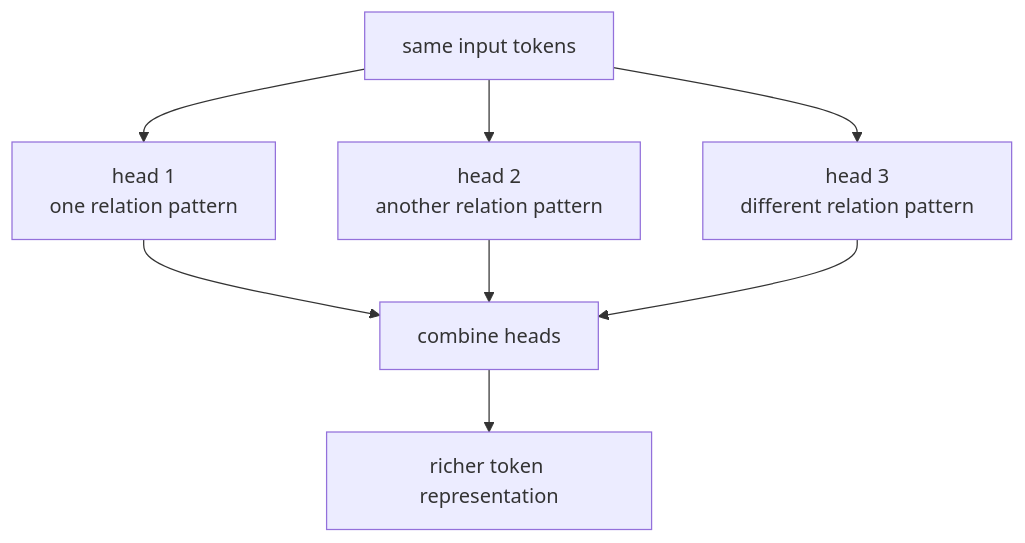
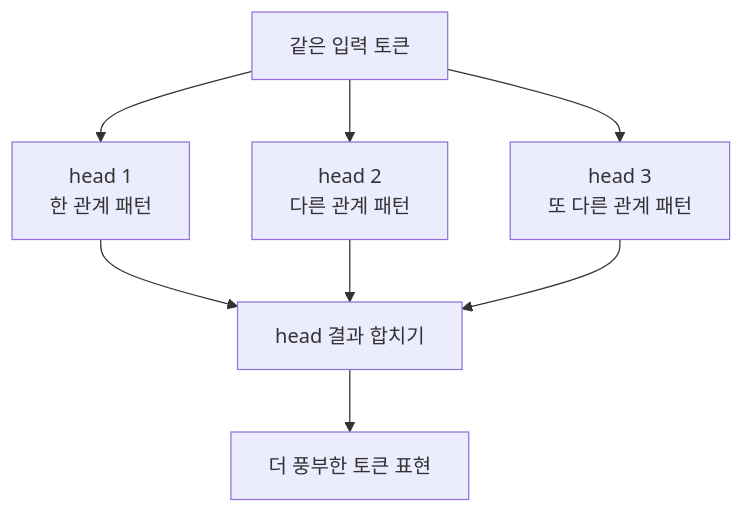
One commit to devchan64/AiBook changed the diagram in docs/assets/part-05/chapter-13/multihead-flow-ko.mmd. Above: the diagram before and after it, drawn with Mermaid. The commit also changed 51 other files, not shown here.

Commit message:
Update Part 5 learning support diagrams and notes

```diff
--- a/docs/assets/part-05/chapter-13/multihead-flow-ko.mmd
+++ b/docs/assets/part-05/chapter-13/multihead-flow-ko.mmd
@@ -1,15 +1,15 @@
 flowchart TD
-  A["same input tokens"]
-  B["head 1<br/>one relation pattern"]
-  C["head 2<br/>another relation pattern"]
-  D["head 3<br/>different relation pattern"]
-  E["combine heads"]
-  F["richer token representation"]
+  A["같은 입력 토큰"]
+  B["head 1<br/>한 관계 패턴"]
+  C["head 2<br/>다른 관계 패턴"]
+  D["head 3<br/>또 다른 관계 패턴"]
+  E["head 결과 합치기"]
+  F["더 풍부한 토큰 표현"]
 
   A --> B
   A --> C
   A --> D
   B --> E
   C --> E
   D --> E
   E --> F
```
